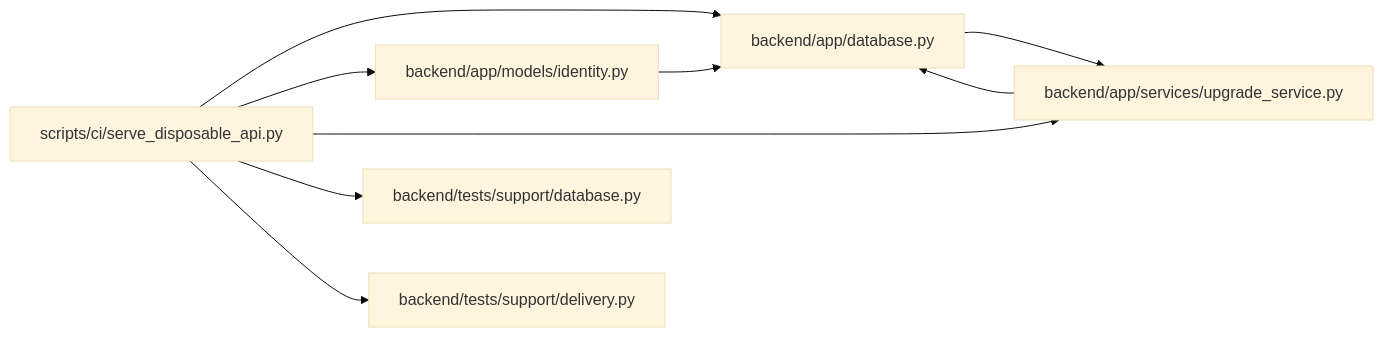
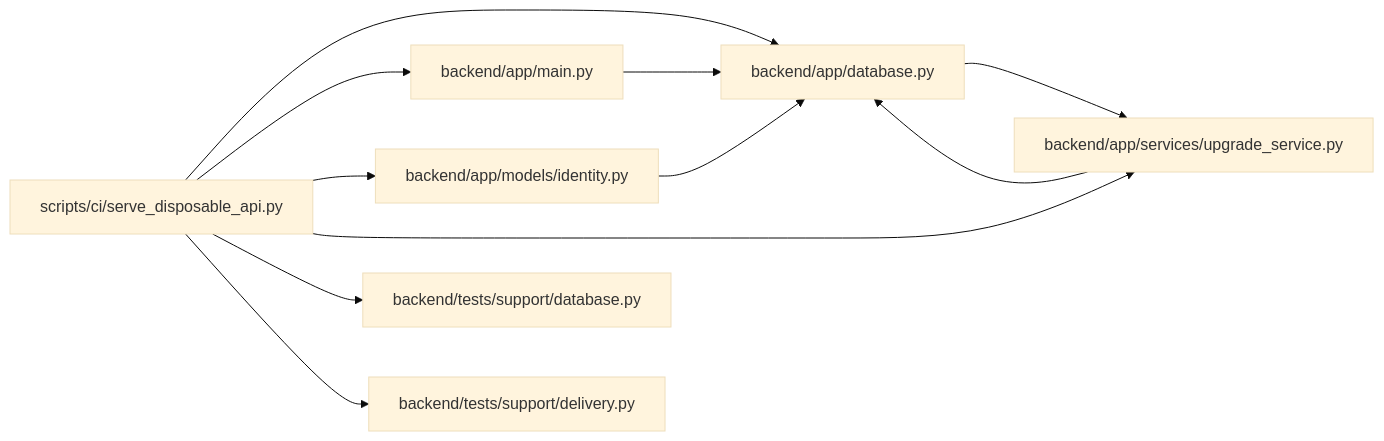
One commit to Denissvgn/WorkChord changed the diagram in docs/llm_wiki/modules/serve_disposable_api.md. Above: the diagram before and after it, drawn with Mermaid (base theme). The commit also changed other lines of this file and 344 other files, not shown here.

````diff
--- a/docs/llm_wiki/modules/serve_disposable_api.md
+++ b/docs/llm_wiki/modules/serve_disposable_api.md
@@ -28,23 +29,27 @@
 ```mermaid
 flowchart LR
     n0["backend/app/database.py"]
-    n1["backend/app/models/identity.py"]
-    n2["backend/app/services/upgrade_service.py"]
-    n3["backend/tests/support/database.py"]
-    n4["backend/tests/support/delivery.py"]
-    n5["scripts/ci/serve_disposable_api.py"]
-    n0 --> n2
+    n1["backend/app/main.py"]
+    n2["backend/app/models/identity.py"]
+    n3["backend/app/services/upgrade_service.py"]
+    n4["backend/tests/support/database.py"]
+    n5["backend/tests/support/delivery.py"]
+    n6["scripts/ci/serve_disposable_api.py"]
+    n0 --> n3
     n1 --> n0
     n2 --> n0
-    n5 --> n0
-    n5 --> n1
-    n5 --> n2
-    n5 --> n3
-    n5 --> n4
+    n3 --> n0
+    n6 --> n0
+    n6 --> n1
+    n6 --> n2
+    n6 --> n3
+    n6 --> n4
+    n6 --> n5
     click n0 "../modules/app_database.md"
-    click n1 "../modules/models_identity.md"
-    click n2 "../modules/upgrade_service.md"
-    click n3 "../modules/support_database.md"
-    click n4 "../modules/delivery.md"
-    click n5 "../modules/serve_disposable_api.md"
+    click n1 "../modules/app_main.md"
+    click n2 "../modules/models_identity.md"
+    click n3 "../modules/upgrade_service.md"
+    click n4 "../modules/support_database.md"
+    click n5 "../modules/delivery.md"
+    click n6 "../modules/serve_disposable_api.md"
 ```
````
